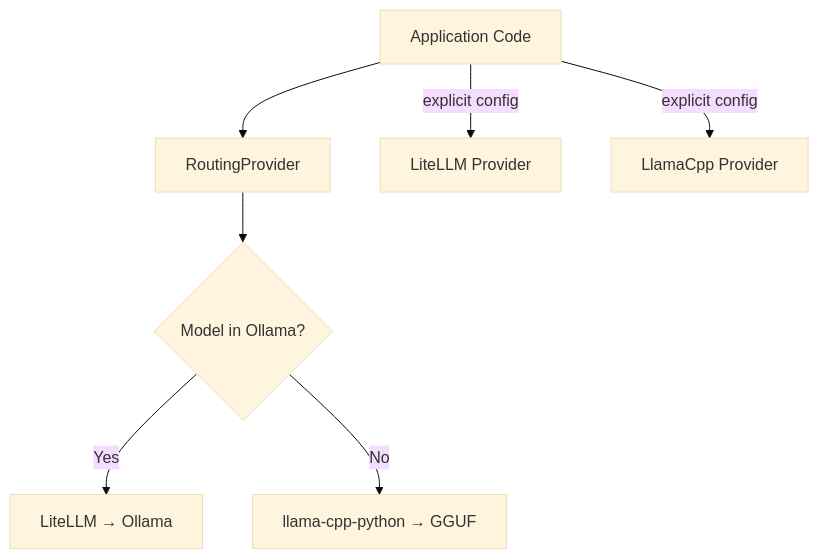
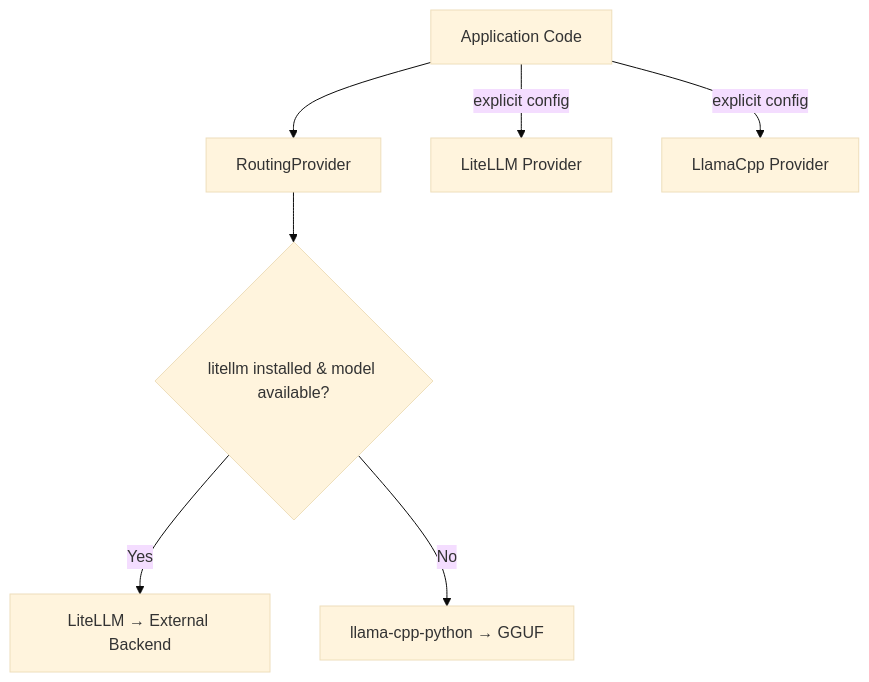
The second of 3 diagrams in docs/architecture.md (tobocop2/lilbee), drawn with Mermaid (base theme) before and after one commit. The commit also changed other lines of this file and 32 other files, not shown here.

````diff
--- a/docs/architecture.md
+++ b/docs/architecture.md
@@ -78,10 +78,10 @@
 ```mermaid
 flowchart TD
     APP[Application Code] --> ROUTE[RoutingProvider]
-    ROUTE --> CHECK{Model in Ollama?}
-    CHECK -->|Yes| LIT[LiteLLM → Ollama]
+    ROUTE --> CHECK{litellm installed & model available?}
+    CHECK -->|Yes| LIT[LiteLLM → External Backend]
     CHECK -->|No| LCPP[llama-cpp-python → GGUF]
 
-    APP -->|explicit config| OLLAMA_P[LiteLLM Provider]
+    APP -->|explicit config| LIT_P[LiteLLM Provider]
     APP -->|explicit config| LCPP_P[LlamaCpp Provider]
 ```
````
